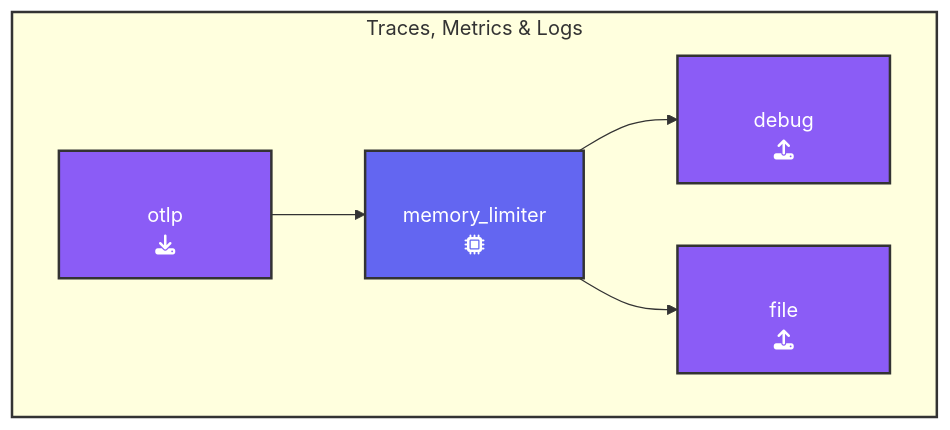
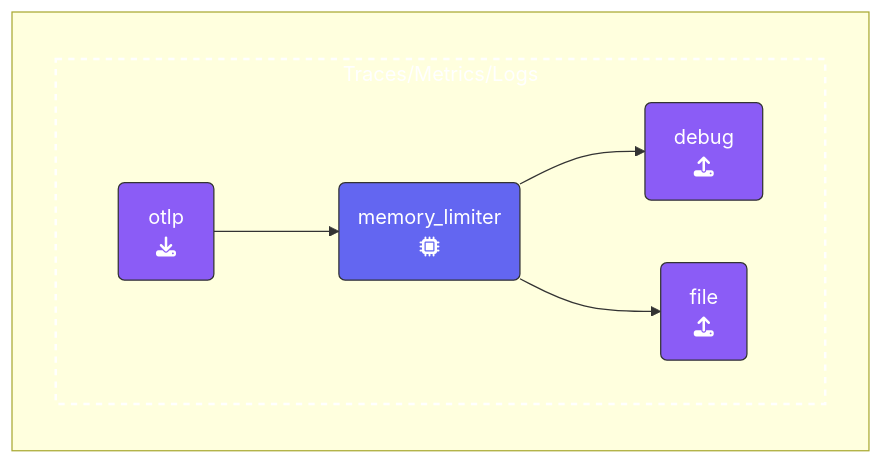
Before and after one commit to splunk/observability-workshop: the diagram in content/en/ninja-workshops/10-advanced-otel/1-agent/1-2-fileexporter/_index.md, drawn with Mermaid. The commit also changed 6 other files, not shown here.

Commit message:
Updated charts with dotted lines

````diff
--- a/content/en/ninja-workshops/10-advanced-otel/1-agent/1-2-fileexporter/_index.md
+++ b/content/en/ninja-workshops/10-advanced-otel/1-agent/1-2-fileexporter/_index.md
@@ -55,21 +55,23 @@
 ```mermaid
+%%{init:{"fontFamily":"monospace"}}%%
 graph LR
-  subgraph box[Traces, Metrics & Logs]
-    direction LR
     %% Nodes
-      A[otlp<br>fa:fa-download]:::receiver
-      D[memory_limiter<br>fa:fa-microchip]:::processor
-      L[debug<br>fa:fa-upload]:::exporter
-      M[file<br>fa:fa-upload]:::exporter
+      REC1(&nbsp;&nbsp;otlp&nbsp;&nbsp;<br>fa:fa-download):::receiver
+      PRO1(memory_limiter<br>fa:fa-microchip):::processor
+      EXP1(&ensp;debug&ensp;<br>fa:fa-upload):::exporter
+      EXP2(&ensp;file&ensp;<br>fa:fa-upload):::exporter
+    %% Links
+    subID1:::sub-traces
+    subgraph " "
+      subgraph subID1[Traces/Metrics/Logs]
+      direction LR
+      REC1 --> PRO1
+      PRO1 --> EXP1
+      PRO1 --> EXP2
+      end
     end
-    %% Links
-      A --> D
-      D --> L
-      D --> M
-      
-classDef receiver fill:#8b5cf6,stroke:#333,stroke-width:2px,padding-left:110px,color:#fff;
-classDef processor fill:#6366f1,stroke:#333,stroke-width:2px,padding-left:110px,color:#fff;
-classDef exporter fill:#8b5cf6,stroke:#333,stroke-width:2px, padding-left:110px,color:#fff;
-classDef connector fill:#00ff7f,stroke:#333,stroke-width:2px, padding-left:110px,color:#fff;
-style box stroke:#333,stroke-width:2px,fill:#f9a9a9a;
+classDef receiver,exporter fill:#8b5cf6,stroke:#333,stroke-width:1px,color:#fff;
+classDef processor fill:#6366f1,stroke:#333,stroke-width:1px,color:#fff;
+classDef con-receive,con-export fill:#45c175,stroke:#333,stroke-width:1px,color:#fff;
+classDef sub-traces stroke:#fff,stroke-width:2px, color:#fff,stroke-dasharray: 5 5;
 ```
````
